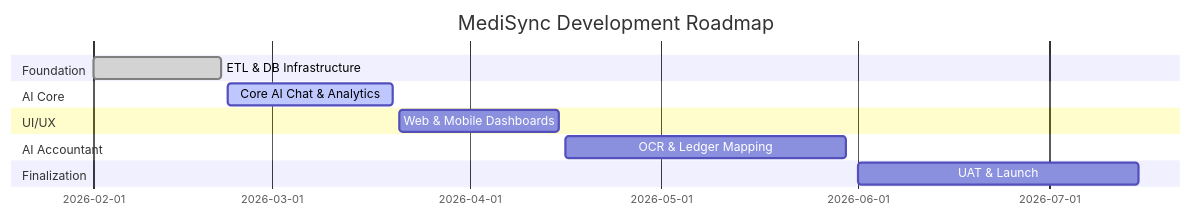
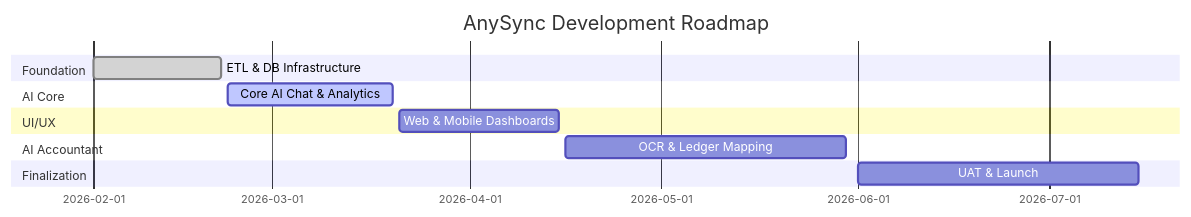
Before and after one commit to veerababumanyam/MediSync: the diagram in README.md, drawn with Mermaid. The commit also changed other lines of this file and 417 other files, not shown here.

First line of the commit message:
feat: Comprehensive update to AnySync v0.0.5

````diff
--- a/README.md
+++ b/README.md
@@ -87,15 +87,15 @@
 ```mermaid
 gantt
-    title MediSync Development Roadmap
+    title AnySync Development Roadmap
     dateFormat  YYYY-MM-DD
     section Foundation
     ETL & DB Infrastructure    :done, 2026-02-01, 2026-02-21
     section AI Core
     Core AI Chat & Analytics   :active, 2026-02-22, 2026-03-20
     section UI/UX
     Web & Mobile Dashboards    :2026-03-21, 2026-04-15
     section AI Accountant
     OCR & Ledger Mapping       :2026-04-16, 2026-05-30
     section Finalization
     UAT & Launch               :2026-06-01, 2026-07-15
 ```
````
